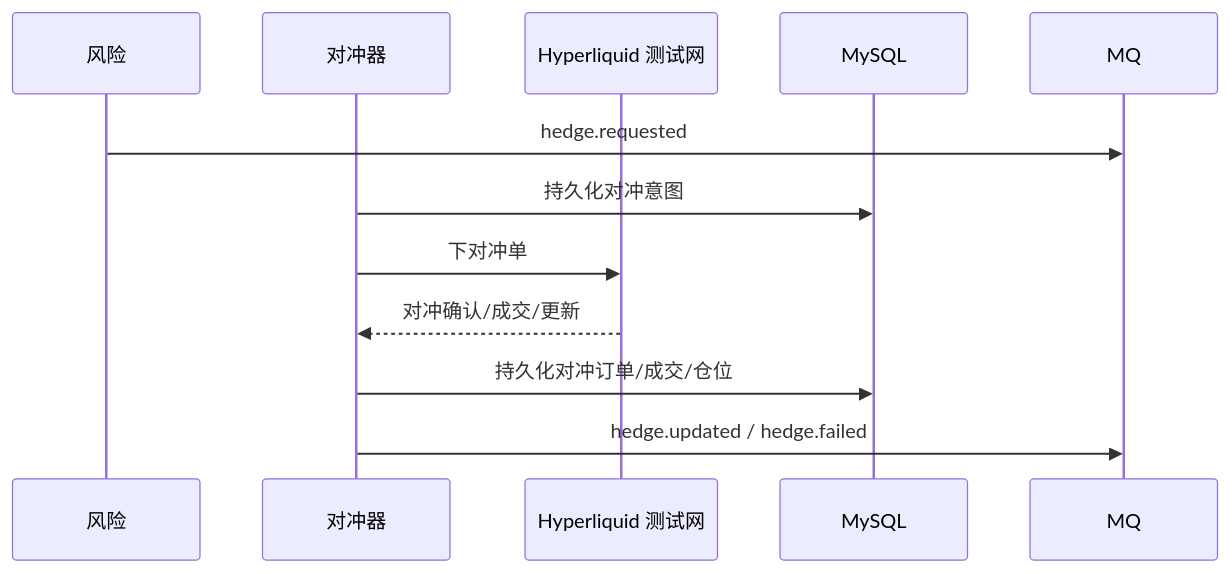
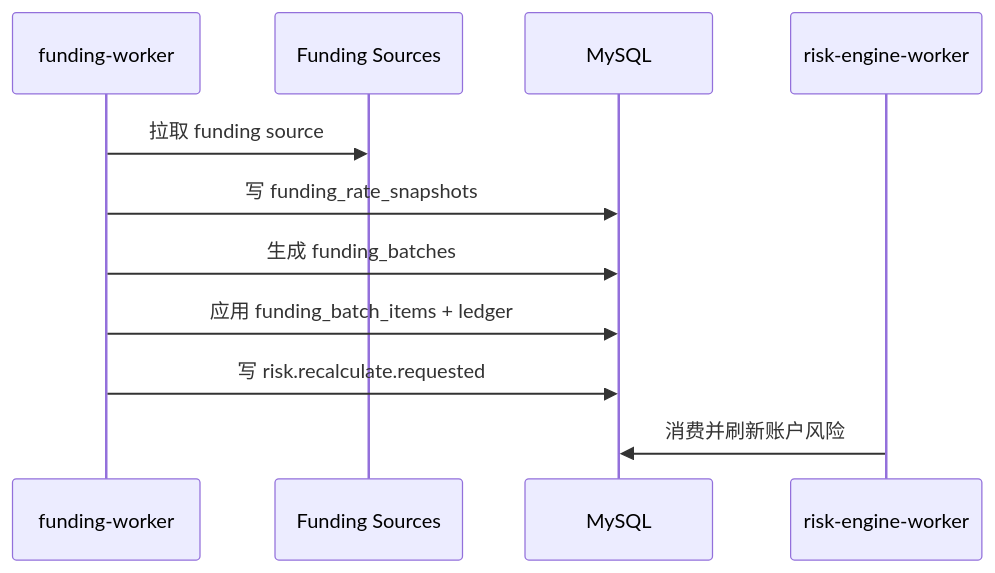
Before and after one commit to AboAuther/RGPerpV2: the eighth of 8 diagrams in docs/Architecture Document.md, drawn with Mermaid. The commit also changed other lines of this file and 173 other files, not shown here.

````diff
--- a/docs/Architecture Document.md
+++ b/docs/Architecture Document.md
@@ -432,15 +494,14 @@
 ```mermaid
 sequenceDiagram
-    participant Risk as 风险
-    participant Hedger as 对冲器
-    participant HL as Hyperliquid 测试网
+    participant FUND as funding-worker
+    participant SRC as Funding Sources
     participant DB as MySQL
-    participant MQ
+    participant RISK as risk-engine-worker
 
-    Risk->>MQ: hedge.requested
-    Hedger->>DB: 持久化对冲意图
-    Hedger->>HL: 下对冲单
-    HL-->>Hedger: 对冲确认/成交/更新
-    Hedger->>DB: 持久化对冲订单/成交/仓位
-    Hedger->>MQ: hedge.updated / hedge.failed
+    FUND->>SRC: 拉取 funding source
+    FUND->>DB: 写 funding_rate_snapshots
+    FUND->>DB: 生成 funding_batches
+    FUND->>DB: 应用 funding_batch_items + ledger
+    FUND->>DB: 写 risk.recalculate.requested
+    RISK->>DB: 消费并刷新账户风险
 ```
````
